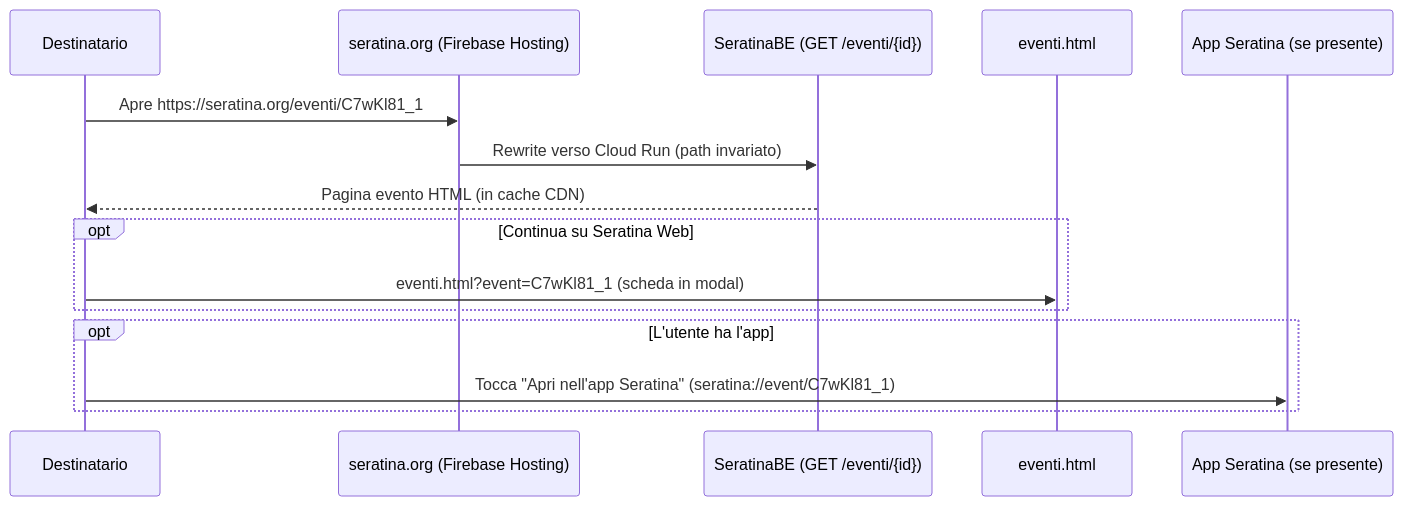
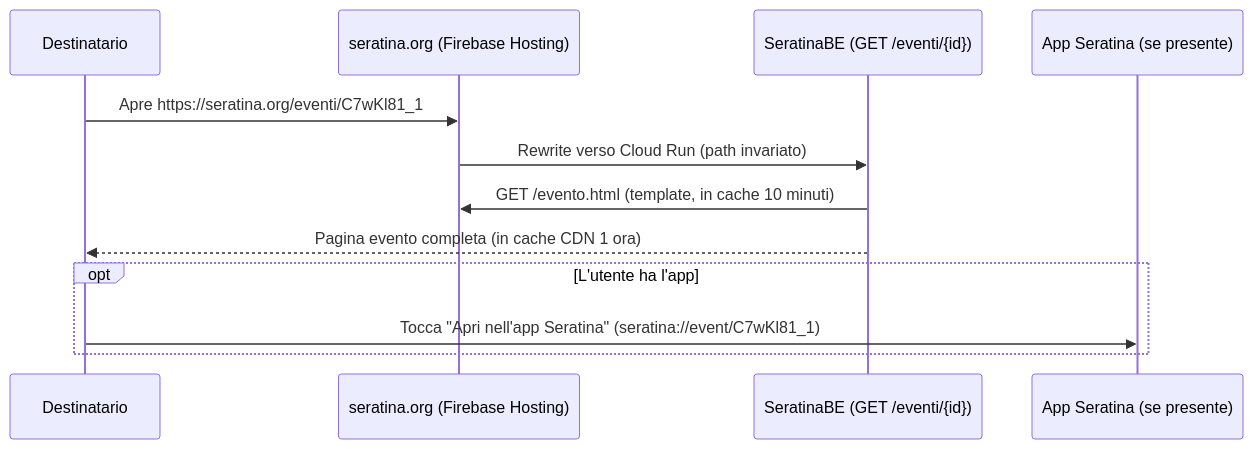
Before and after one commit to AvengersDevDreamTeam/SeratinaWeb: the diagram in docs/deep-linking.md, drawn with Mermaid. The commit also changed other lines of this file and 8 other files, not shown here.

````diff
--- a/docs/deep-linking.md
+++ b/docs/deep-linking.md
@@ -21,18 +23,15 @@
 ```mermaid
 sequenceDiagram
     participant User as Destinatario
     participant Hosting as seratina.org (Firebase Hosting)
     participant BE as SeratinaBE (GET /eventi/{id})
-    participant Web as eventi.html
     participant App as App Seratina (se presente)
 
     User->>Hosting: Apre https://seratina.org/eventi/C7wKl81_1
     Hosting->>BE: Rewrite verso Cloud Run (path invariato)
-    BE-->>User: Pagina evento HTML (in cache CDN)
-    opt Continua su Seratina Web
-        User->>Web: eventi.html?event=C7wKl81_1 (scheda in modal)
-    end
+    BE->>Hosting: GET /evento.html (template, in cache 10 minuti)
+    BE-->>User: Pagina evento completa (in cache CDN 1 ora)
     opt L'utente ha l'app
         User->>App: Tocca "Apri nell'app Seratina" (seratina://event/C7wKl81_1)
     end
 ```
````
